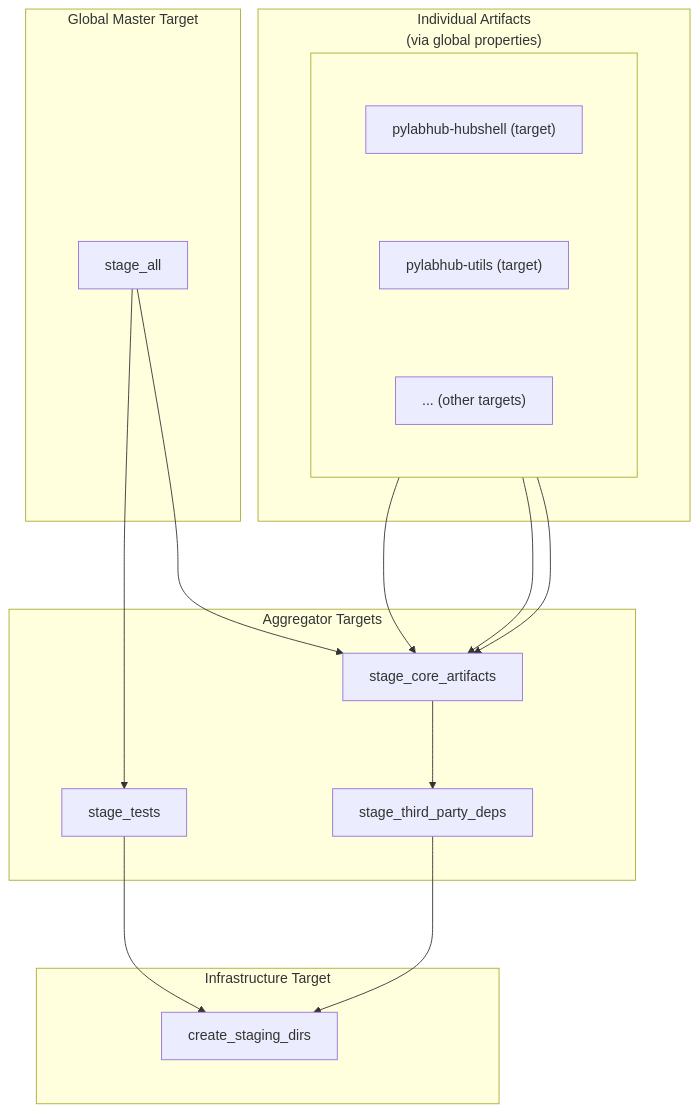
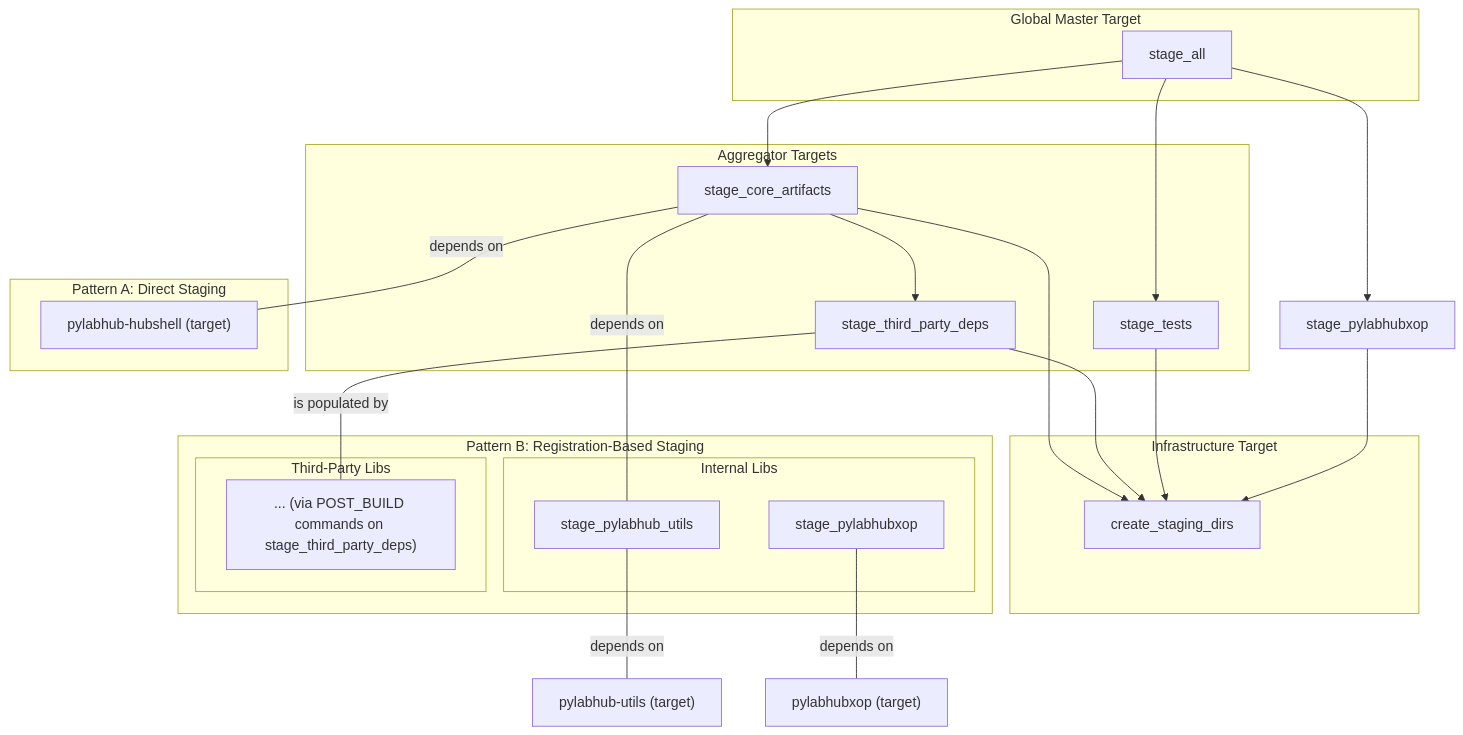
One commit to Qing-LAB/pylabhub changed the second of 2 diagrams in cpp/docs/README_CMake_Design.md. Above: the diagram before and after it, drawn with Mermaid. The commit also changed other lines of this file and 8 other files, not shown here.

````diff
--- a/cpp/docs/README_CMake_Design.md
+++ b/cpp/docs/README_CMake_Design.md
@@ -74,35 +93,47 @@
 ```mermaid
-%%{ init : { "flowchart" : { "rankSpacing": 100, "nodeSpacing": 100 } } }%%
 graph TD
     subgraph "Global Master Target"
-        stage_all;
+        stage_all
     end
     
     subgraph "Aggregator Targets"
-        stage_core_artifacts;
-        stage_third_party_deps;
-        stage_tests;
+        stage_core_artifacts
+        stage_third_party_deps
+        stage_tests
     end
     
     subgraph "Infrastructure Target"
-      create_staging_dirs;
+      create_staging_dirs
     end
 
-    stage_all --> stage_core_artifacts;
-    stage_all --> stage_tests;
+    %% Dependencies between aggregators
+    stage_all --> stage_core_artifacts & stage_tests & stage_pylabhubxop
+
+    stage_core_artifacts --> stage_third_party_deps
+
+    %% All aggregators depend on the base directory structure
+    stage_core_artifacts --> create_staging_dirs
+    stage_third_party_deps --> create_staging_dirs
+    stage_tests --> create_staging_dirs
+    stage_pylabhubxop --> create_staging_dirs
+
+    subgraph "Pattern A: Direct Staging"
+      A["pylabhub-hubshell (target)"]
+    end
     
-    stage_core_artifacts --> stage_third_party_deps;
-
-    stage_tests --> create_staging_dirs;
-    stage_third_party_deps --> create_staging_dirs;
-
-    subgraph "`Individual Artifacts<br/>(via global properties)`"
-        subgraph " "
-            direction LR
-            A["pylabhub-hubshell (target)"]
-            B["pylabhub-utils (target)"]
-            C["... (other targets)"]
+    subgraph "Pattern B: Registration-Based Staging"
+        subgraph "Internal Libs"
+            B[stage_pylabhub_utils]
+            D[stage_pylabhubxop]
+        end
+        subgraph "Third-Party Libs"
+            C["... (via POST_BUILD commands on stage_third_party_deps)"]
         end
     end
-    A & B & C --> stage_core_artifacts
+
+    %% Wiring patterns to aggregators
+    stage_core_artifacts -- depends on --- A & B
+    stage_third_party_deps -- "is populated by" --- C
+    B -- depends on --- B_lib["pylabhub-utils (target)"]
+    D -- depends on --- D_lib["pylabhubxop (target)"]
 ```
````
